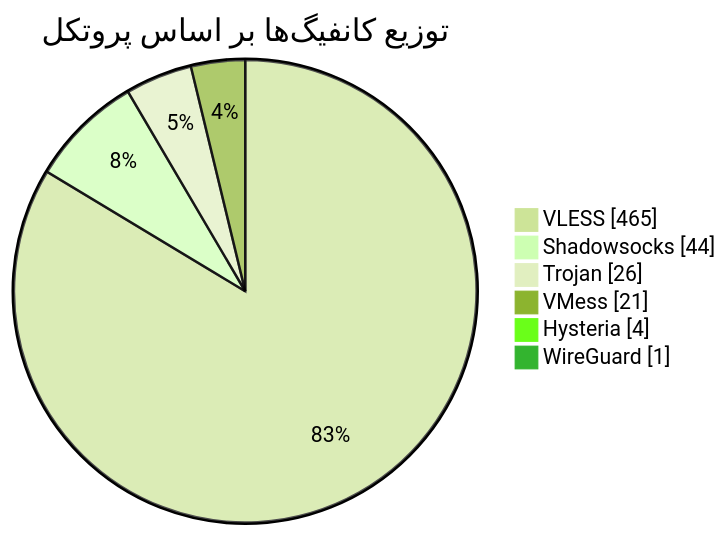
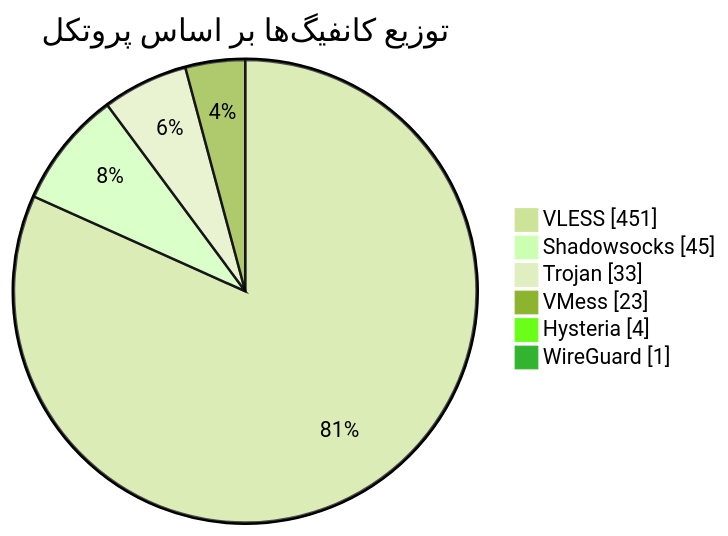
The diagram in README.md (Arian-Alijani/Somthing), drawn with Mermaid (forest theme) before and after one commit. The commit also changed other lines of this file and 81 other files, not shown here.

````diff
--- a/README.md
+++ b/README.md
@@ -48,10 +48,10 @@
 ```mermaid
 pie showData
     title توزیع کانفیگ‌ها بر اساس پروتکل
-    "VLESS" : 465
-    "Shadowsocks" : 44
-    "Trojan" : 26
-    "VMess" : 21
+    "VLESS" : 451
+    "Shadowsocks" : 45
+    "Trojan" : 33
+    "VMess" : 23
     "Hysteria" : 4
     "WireGuard" : 1
 ```
````
